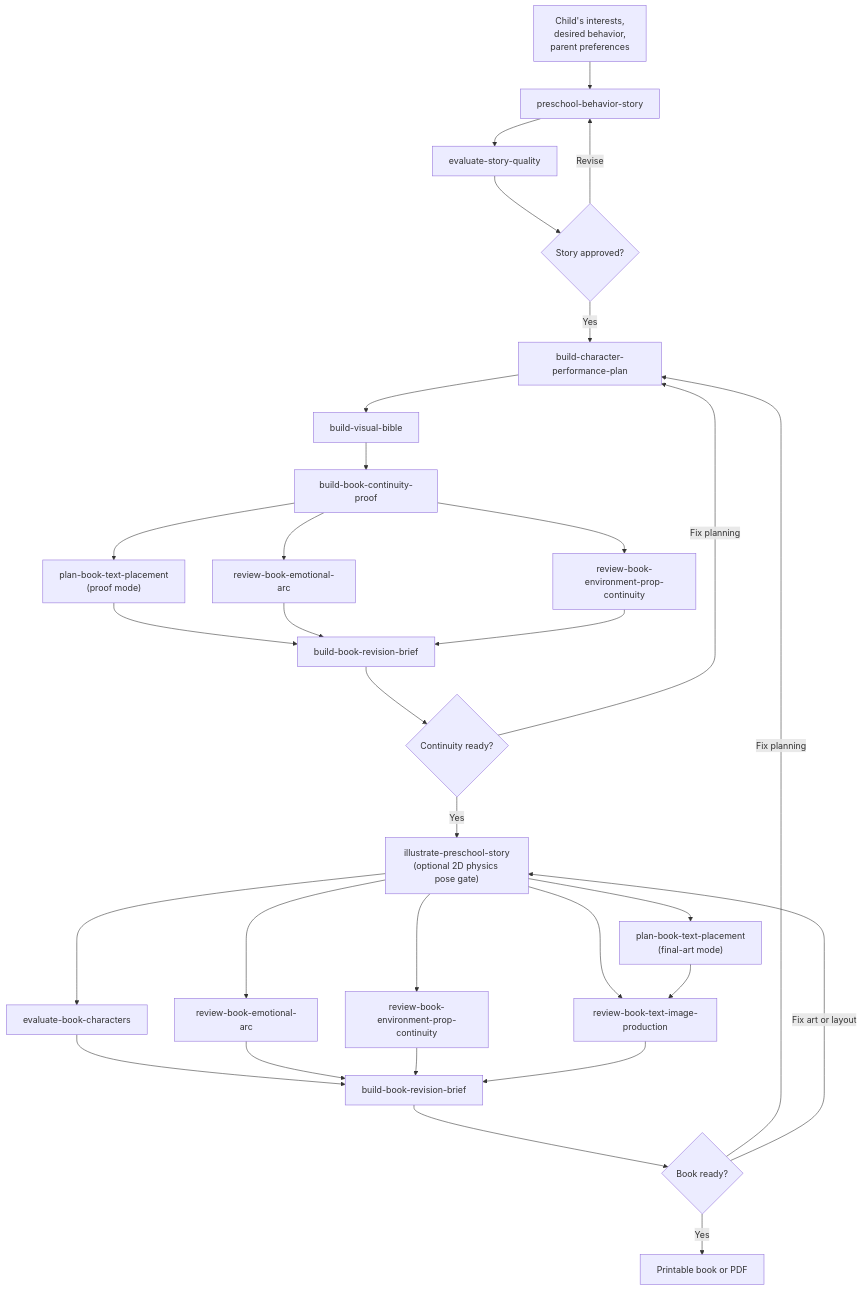
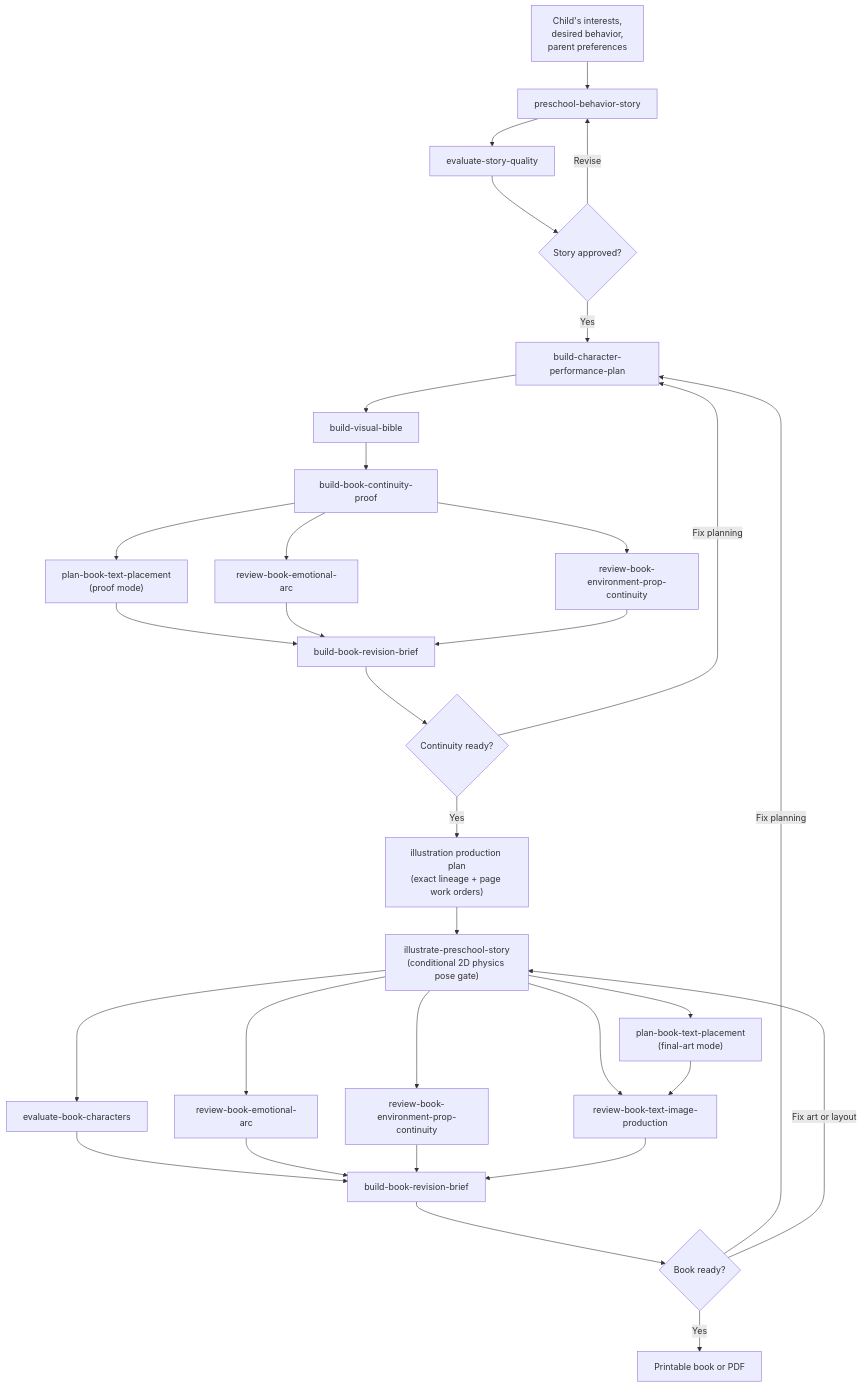
The diagram in .agents/skills/README.md (bhadrip/kids-book-gen), drawn with Mermaid before and after one commit. The commit also changed 6 other files, not shown here.

Commit message:
docs: make illustration compiler the skill entry gate

````diff
--- a/.agents/skills/README.md
+++ b/.agents/skills/README.md
@@ -7,39 +7,40 @@
 ```mermaid
 flowchart TB
     Idea["Child's interests,<br/>desired behavior,<br/>parent preferences"]
 
     Idea --> Story["preschool-behavior-story"]
     Story --> StoryReview["evaluate-story-quality"]
     StoryReview --> StoryGate{"Story approved?"}
     StoryGate -->|Revise| Story
     StoryGate -->|Yes| Performance["build-character-performance-plan"]
 
     Performance --> Bible["build-visual-bible"]
     Bible --> Proof["build-book-continuity-proof"]
 
     Proof --> Placement["plan-book-text-placement<br/>(proof mode)"]
     Proof --> ProofEmotion["review-book-emotional-arc"]
     Proof --> ProofProps["review-book-environment-prop-continuity"]
     Placement --> ProofBrief["build-book-revision-brief"]
     ProofEmotion --> ProofBrief["build-book-revision-brief"]
     ProofProps --> ProofBrief
     ProofBrief --> ContinuityGate{"Continuity ready?"}
     ContinuityGate -->|Fix planning| Performance
-    ContinuityGate -->|Yes| Illustrate["illustrate-preschool-story<br/>(optional 2D physics pose gate)"]
+    ContinuityGate -->|Yes| Compile["illustration production plan<br/>(exact lineage + page work orders)"]
+    Compile --> Illustrate["illustrate-preschool-story<br/>(conditional 2D physics pose gate)"]
 
     Illustrate --> FinalPlacement["plan-book-text-placement<br/>(final-art mode)"]
     Illustrate --> CharacterReview["evaluate-book-characters"]
     Illustrate --> FinalEmotion["review-book-emotional-arc"]
     Illustrate --> FinalProps["review-book-environment-prop-continuity"]
     Illustrate --> ProductionReview["review-book-text-image-production"]
 
     CharacterReview --> FinalBrief["build-book-revision-brief"]
     FinalEmotion --> FinalBrief
     FinalProps --> FinalBrief
     FinalPlacement --> ProductionReview
     ProductionReview --> FinalBrief
     FinalBrief --> FinalGate{"Book ready?"}
     FinalGate -->|Fix planning| Performance
     FinalGate -->|Fix art or layout| Illustrate
     FinalGate -->|Yes| Book["Printable book or PDF"]
 ```
````
